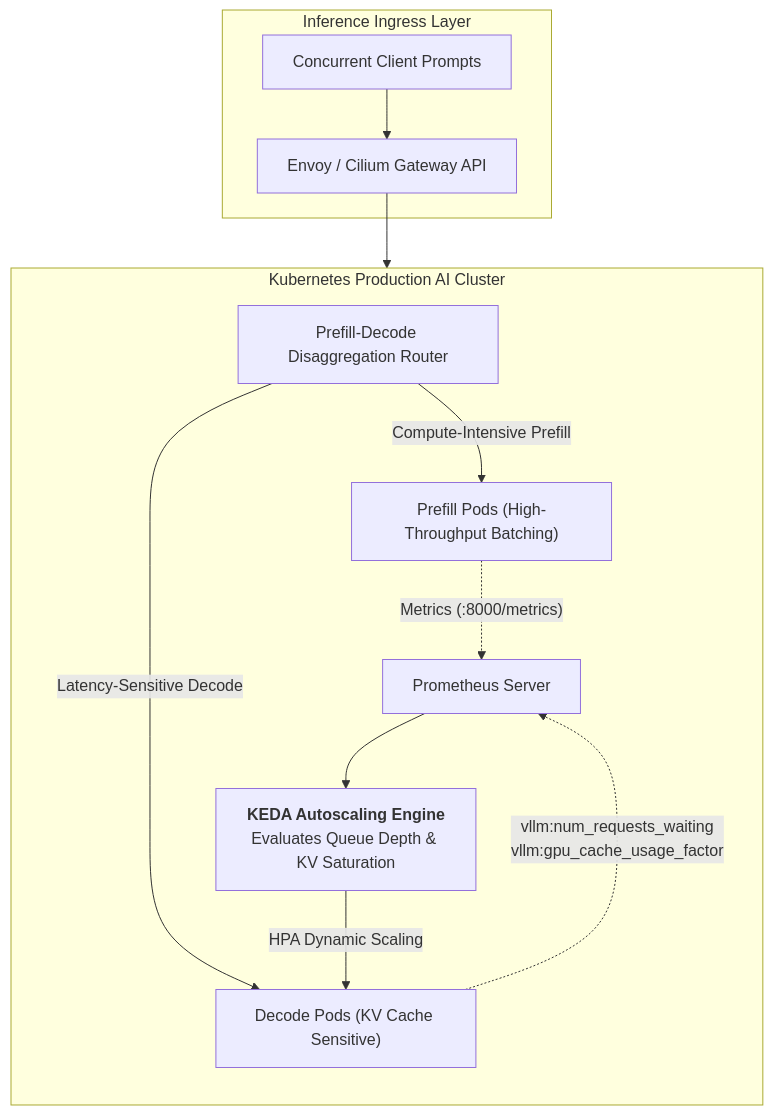
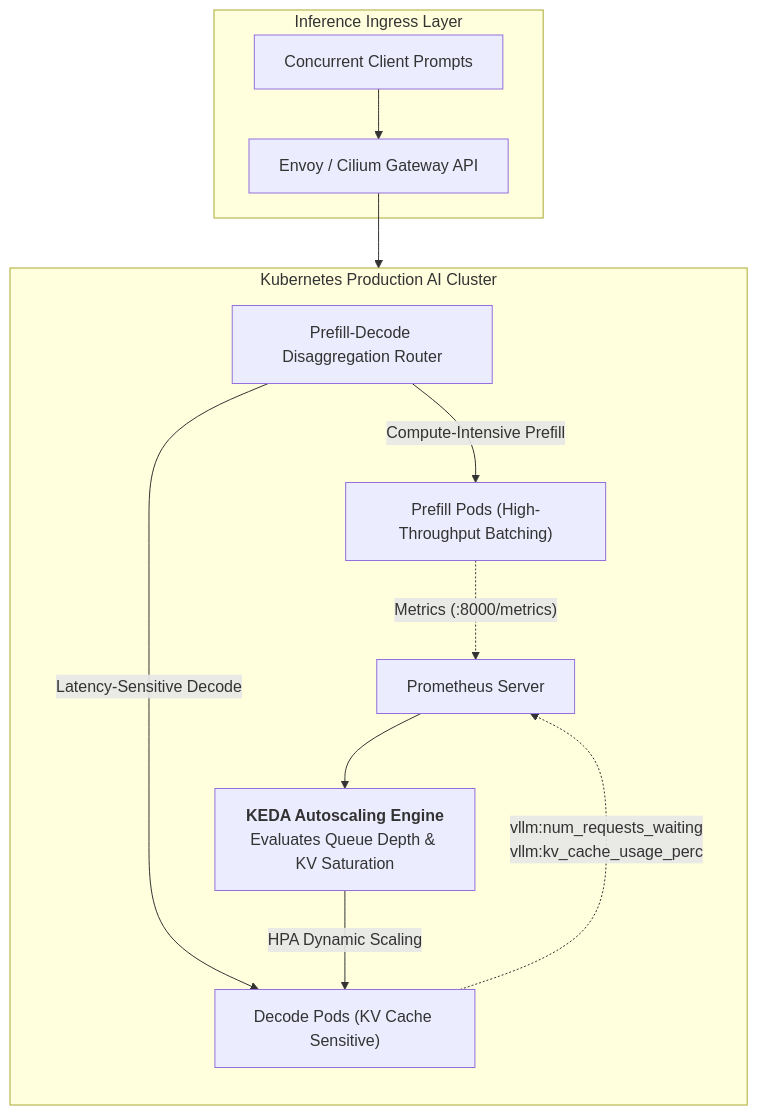
Before and after one commit to ifnodoraemon/ifnodoraemon.github.io: the third of 4 diagrams in content/en/articles/k8s-gpu-operator-ai-inference-scheduling.en.md, drawn with Mermaid. The commit also changed other lines of this file and 51 other files, not shown here.

````diff
--- a/content/en/articles/k8s-gpu-operator-ai-inference-scheduling.en.md
+++ b/content/en/articles/k8s-gpu-operator-ai-inference-scheduling.en.md
@@ -158,20 +158,20 @@
 ```mermaid
 flowchart TD
     subgraph TrafficEntry["Inference Ingress Layer"]
         ClientReq["Concurrent Client Prompts"] --> Gateway["Envoy / Cilium Gateway API"]
     end
 
     Gateway --> Router["Prefill-Decode Disaggregation Router"]
 
     subgraph K8sCluster["Kubernetes Production AI Cluster"]
         direction TB
         Router -->|"Compute-Intensive Prefill"| PrefillPool["Prefill Pods (High-Throughput Batching)"]
         Router -->|"Latency-Sensitive Decode"| DecodePool["Decode Pods (KV Cache Sensitive)"]
 
         PrefillPool -.->|"Metrics (:8000/metrics)"| Prometheus["Prometheus Server"]
-        DecodePool -.->|"vllm:num_requests_waiting<br/>vllm:gpu_cache_usage_factor"| Prometheus
+        DecodePool -.->|"vllm:num_requests_waiting<br/>vllm:kv_cache_usage_perc"| Prometheus
 
         Prometheus --> KEDA["<b>KEDA Autoscaling Engine</b><br/>Evaluates Queue Depth & KV Saturation"]
         KEDA -->|"HPA Dynamic Scaling"| DecodePool
     end
 ```
````
